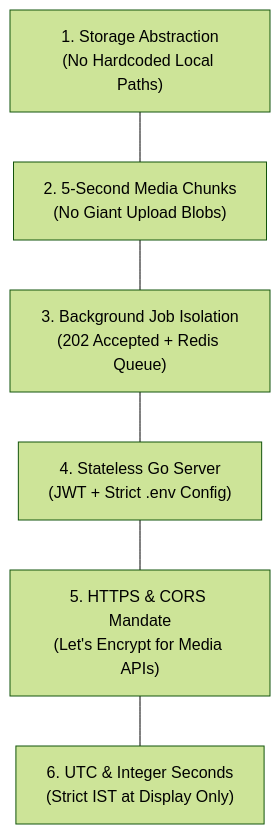
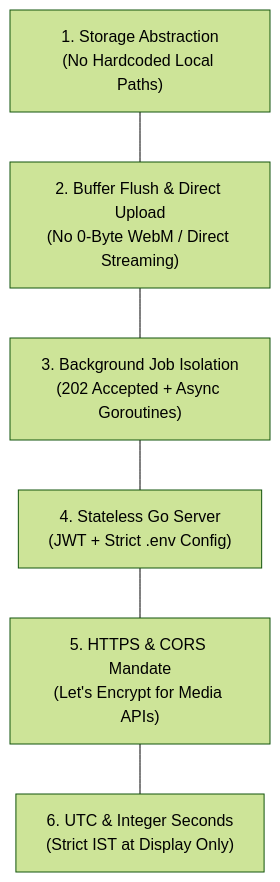
One commit to RajThak-998/claimverificationdossierintelligencesystem changed the first of 2 diagrams in obs/11_The_6_Architectural_Pillars_and_Trap_Mitigations.md. Above: the diagram before and after it, drawn with Mermaid (forest theme). The commit also changed other lines of this file and 10 other files, not shown here.

````diff
--- a/obs/11_The_6_Architectural_Pillars_and_Trap_Mitigations.md
+++ b/obs/11_The_6_Architectural_Pillars_and_Trap_Mitigations.md
@@ -20,11 +20,11 @@
 ```mermaid
 flowchart TD
     P1["1. Storage Abstraction<br/>(No Hardcoded Local Paths)"]
-    P2["2. 5-Second Media Chunks<br/>(No Giant Upload Blobs)"]
-    P3["3. Background Job Isolation<br/>(202 Accepted + Redis Queue)"]
+    P2["2. Buffer Flush & Direct Upload<br/>(No 0-Byte WebM / Direct Streaming)"]
+    P3["3. Background Job Isolation<br/>(202 Accepted + Async Goroutines)"]
     P4["4. Stateless Go Server<br/>(JWT + Strict .env Config)"]
     P5["5. HTTPS & CORS Mandate<br/>(Let's Encrypt for Media APIs)"]
     P6["6. UTC & Integer Seconds<br/>(Strict IST at Display Only)"]
 
     P1 --- P2 --- P3 --- P4 --- P5 --- P6
 ```
````
